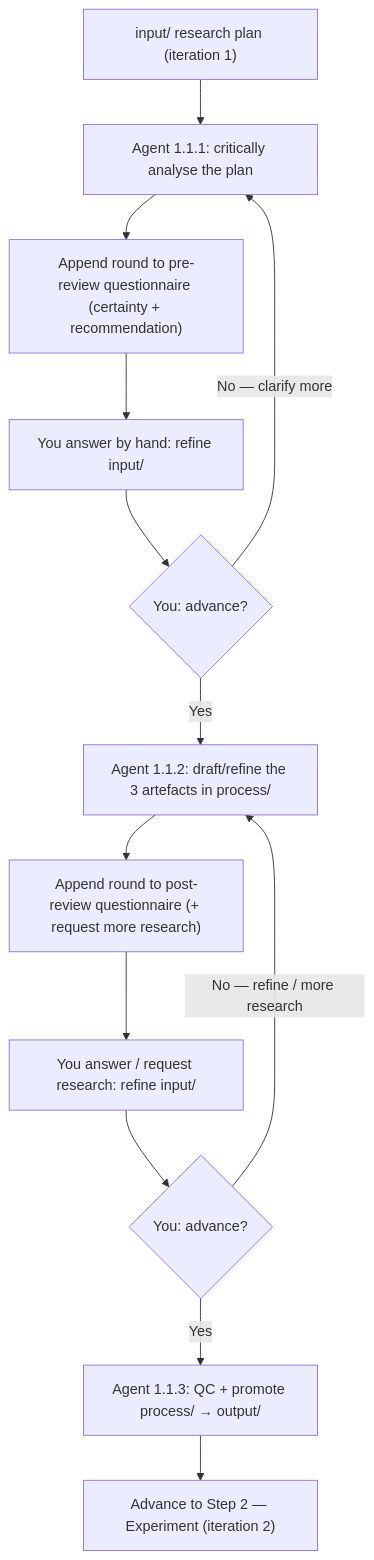
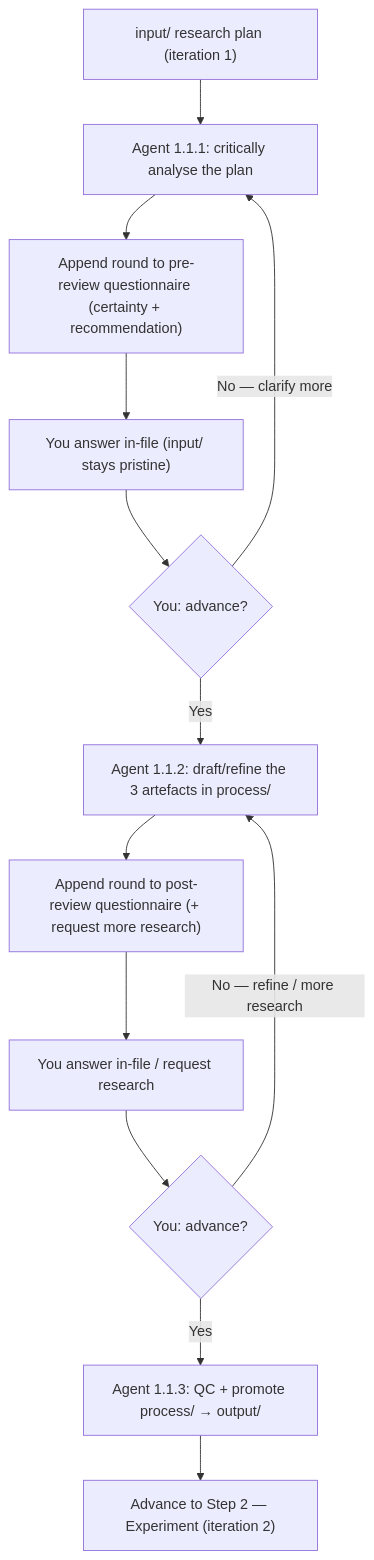
Before and after one commit to jgreensmith/khazad-dum: the diagram in documentation/steps/01_research.md, drawn with Mermaid. The commit also changed other lines of this file and 22 other files, not shown here.

````diff
--- a/documentation/steps/01_research.md
+++ b/documentation/steps/01_research.md
@@ -119,15 +122,15 @@
 ```mermaid
 flowchart TD
     A["input/ research plan (iteration 1)"] --> B["Agent 1.1.1: critically analyse the plan"]
     B --> C["Append round to pre-review questionnaire (certainty + recommendation)"]
-    C --> D["You answer by hand: refine input/"]
+    C --> D["You answer in-file (input/ stays pristine)"]
     D --> E{"You: advance?"}
     E -->|"No — clarify more"| B
     E -->|Yes| F["Agent 1.1.2: draft/refine the 3 artefacts in process/"]
     F --> G["Append round to post-review questionnaire (+ request more research)"]
-    G --> H["You answer / request research: refine input/"]
+    G --> H["You answer in-file / request research"]
     H --> I{"You: advance?"}
     I -->|"No — refine / more research"| F
     I -->|Yes| J["Agent 1.1.3: QC + promote process/ → output/"]
     J --> K["Advance to Step 2 — Experiment (iteration 2)"]
 ```
````
